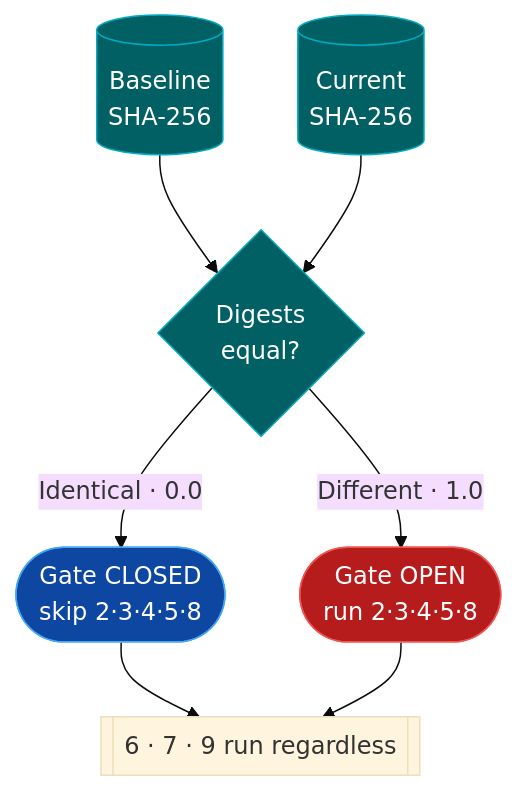
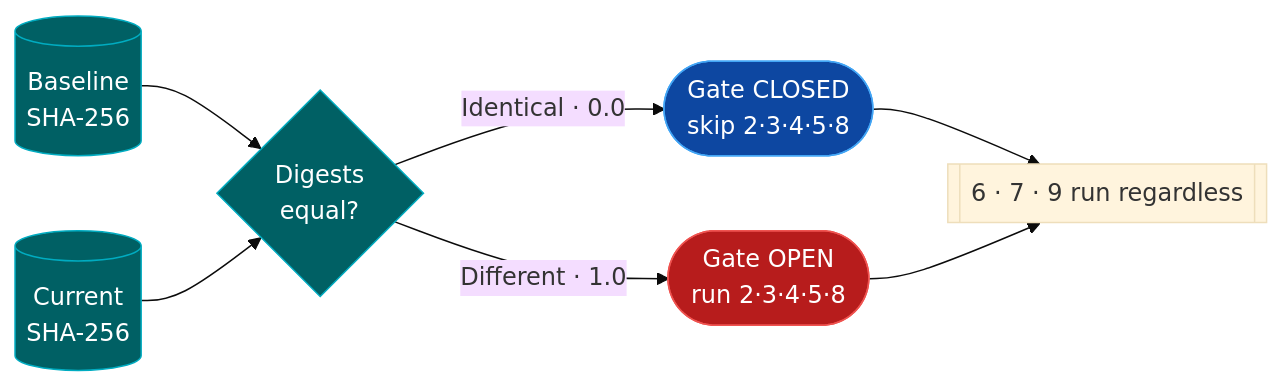
The diagram in docs/layers/1-content-hash.mdx (Ns81000/WARDRESS), drawn with Mermaid (base theme) before and after one commit. The commit also changed 6 other files, not shown here.

````diff
--- a/docs/layers/1-content-hash.mdx
+++ b/docs/layers/1-content-hash.mdx
@@ -57,16 +57,14 @@
 ```mermaid
-flowchart TD
-    B[("Baseline<br/>SHA-256")]:::src
-    C[("Current<br/>SHA-256")]:::src
-    B --> EQ{"Digests<br/>equal?"}
-    C --> EQ
+flowchart LR
+    B[("Baseline<br/>SHA-256")]:::src --> EQ{"Digests<br/>equal?"}
+    C[("Current<br/>SHA-256")]:::src --> EQ
     EQ -->|"Identical · 0.0"| SKIP(["Gate CLOSED<br/>skip 2·3·4·5·8"]):::cool
     EQ -->|"Different · 1.0"| RUN(["Gate OPEN<br/>run 2·3·4·5·8"]):::hot
     SKIP --> ALW[["6 · 7 · 9 run regardless"]]
     RUN --> ALW
 
     classDef src fill:#006064,stroke:#00acc1,color:#fff;
     classDef cool fill:#0d47a1,stroke:#42a5f5,color:#fff;
     classDef hot fill:#b71c1c,stroke:#ef5350,color:#fff;
     class EQ src;
 ```
````
